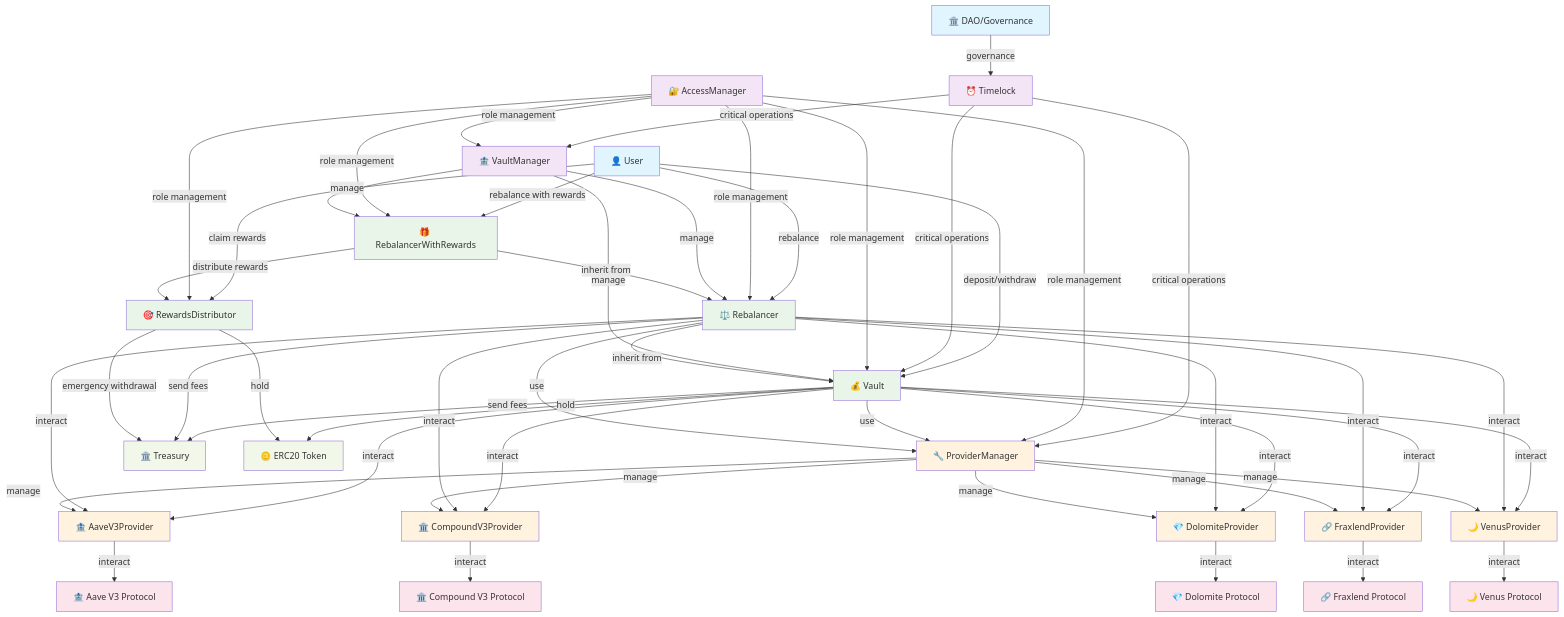
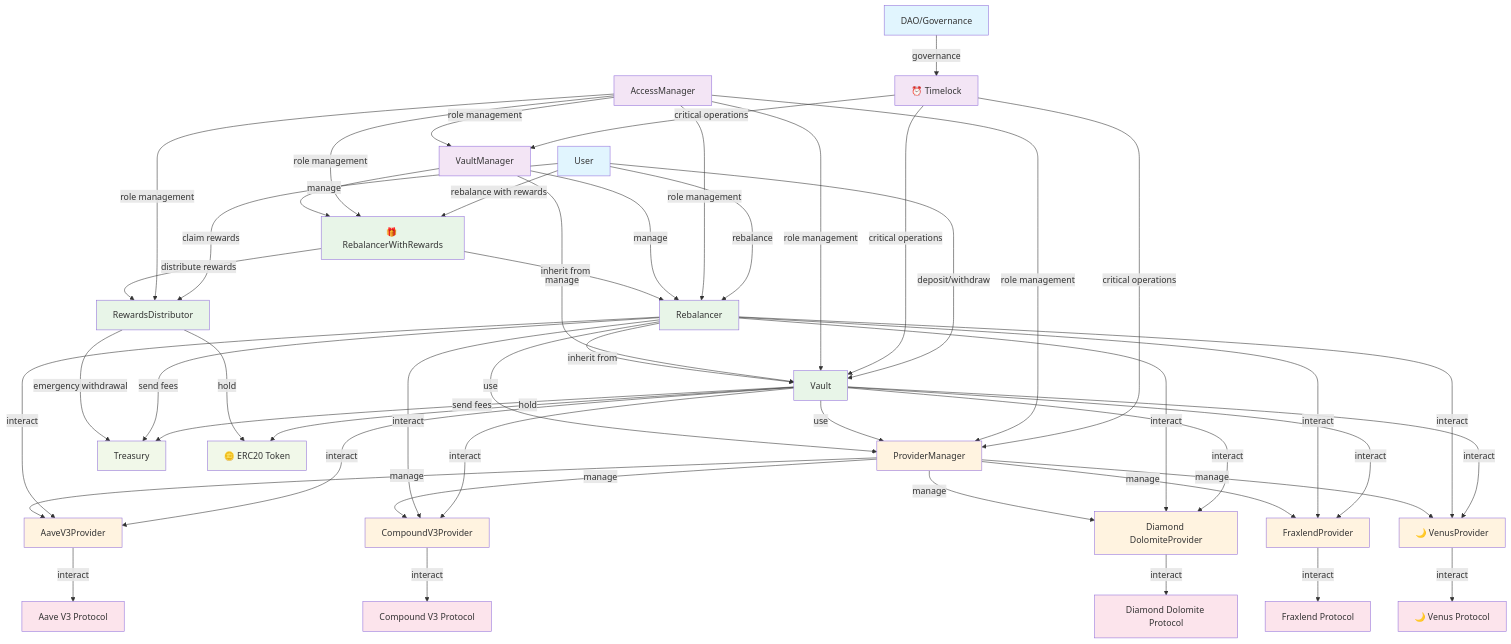
Before and after one commit to Thesauros/contracts: the first of 7 diagrams in docs/shemes/contract-interaction-diagram.md, drawn with Mermaid. The commit also changed other lines of this file and 9 other files, not shown here.

````diff
--- a/docs/shemes/contract-interaction-diagram.md
+++ b/docs/shemes/contract-interaction-diagram.md
@@ -9,41 +9,41 @@
 ```mermaid
 graph TB
     %% User Layer
-    User[👤 User]
-    DAO[🏛️ DAO/Governance]
+    User[  User]
+    DAO[   DAO/Governance]
     
     %% Core Contracts
-    VaultManager[🏦 VaultManager]
+    VaultManager[  VaultManager]
     Timelock[⏰ Timelock]
-    AccessManager[🔐 AccessManager]
+    AccessManager[  AccessManager]
     
     %% Vault Contracts
-    Vault[💰 Vault]
-    Rebalancer[⚖️ Rebalancer]
+    Vault[  Vault]
+    Rebalancer[   Rebalancer]
     RebalancerWithRewards[🎁 RebalancerWithRewards]
     
     %% Rewards System
-    RewardsDistributor[🎯 RewardsDistributor]
+    RewardsDistributor[  RewardsDistributor]
     
     %% Provider Management
-    ProviderManager[🔧 ProviderManager]
+    ProviderManager[  ProviderManager]
     
     %% Provider Contracts
-    AaveV3Provider[🏦 AaveV3Provider]
-    CompoundV3Provider[🏛️ CompoundV3Provider]
-    DolomiteProvider[💎 DolomiteProvider]
-    FraxlendProvider[🔗 FraxlendProvider]
+    AaveV3Provider[  AaveV3Provider]
+    CompoundV3Provider[   CompoundV3Provider]
+    DolomiteProvider[Diamond DolomiteProvider]
+    FraxlendProvider[  FraxlendProvider]
     VenusProvider[🌙 VenusProvider]
     
     %% External Protocols
-    AaveV3[🏦 Aave V3 Protocol]
-    CompoundV3[🏛️ Compound V3 Protocol]
-    Dolomite[💎 Dolomite Protocol]
-    Fraxlend[🔗 Fraxlend Protocol]
+    AaveV3[  Aave V3 Protocol]
+    CompoundV3[   Compound V3 Protocol]
+    Dolomite[Diamond Dolomite Protocol]
+    Fraxlend[  Fraxlend Protocol]
     Venus[🌙 Venus Protocol]
     
     %% Treasury and Tokens
-    Treasury[🏛️ Treasury]
+    Treasury[   Treasury]
     ERC20Token[🪙 ERC20 Token]
     
     %% User Interactions
````
